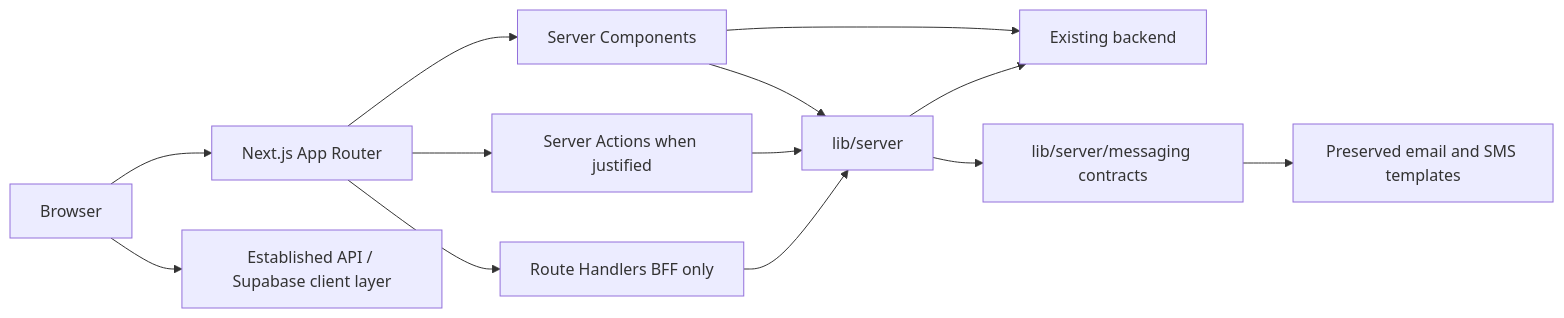
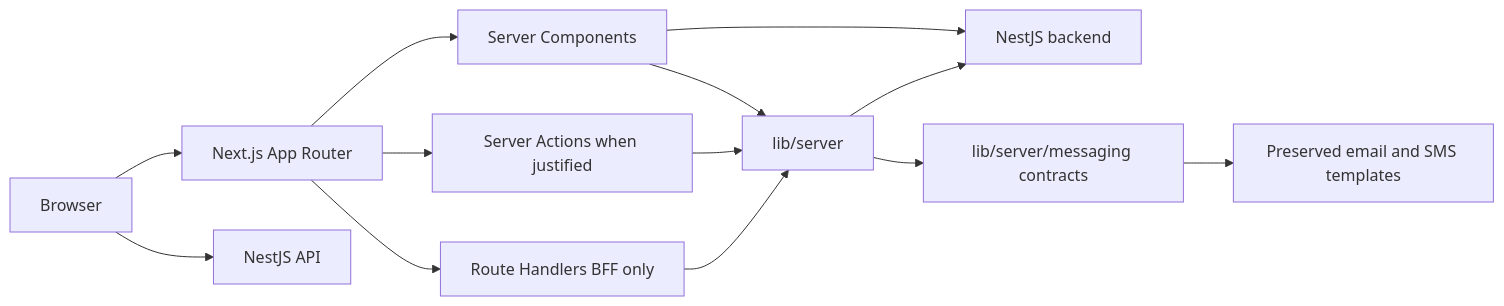
One commit to Ali-sherif/loyollo-web changed the second of 2 diagrams in docs/frontend/README.md. Above: the diagram before and after it, drawn with Mermaid. The commit also changed other lines of this file and 24 other files, not shown here.

First line of the commit message:
docs: update architecture documentation to reflect NestJS authentication and cookie handling

````diff
--- a/docs/frontend/README.md
+++ b/docs/frontend/README.md
@@ -27,15 +27,15 @@
 ```mermaid
 flowchart LR
   Browser --> Next[Next.js App Router]
   Next --> RSC[Server Components]
   Next --> Actions[Server Actions when justified]
   Next --> Handlers[Route Handlers BFF only]
-  Browser --> API[Established API / Supabase client layer]
-  RSC --> Backend[Existing backend]
+  Browser --> API[NestJS API]
+  RSC --> Backend[NestJS backend]
   RSC --> ServerLib[lib/server]
   Actions --> ServerLib
   Handlers --> ServerLib
   ServerLib --> Backend
   ServerLib --> Messaging[lib/server/messaging contracts]
   Messaging --> Templates[Preserved email and SMS templates]
 ```
````
